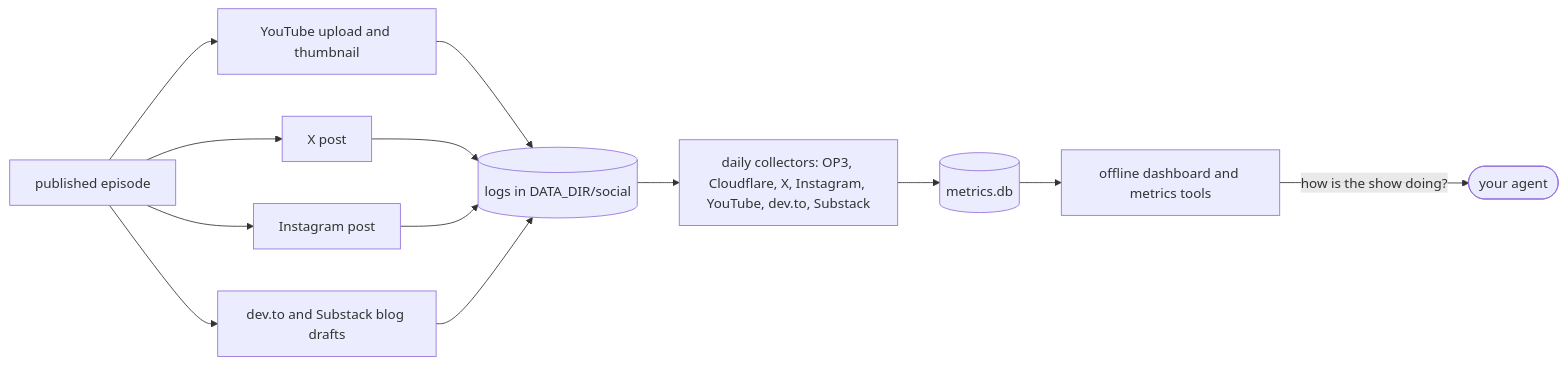
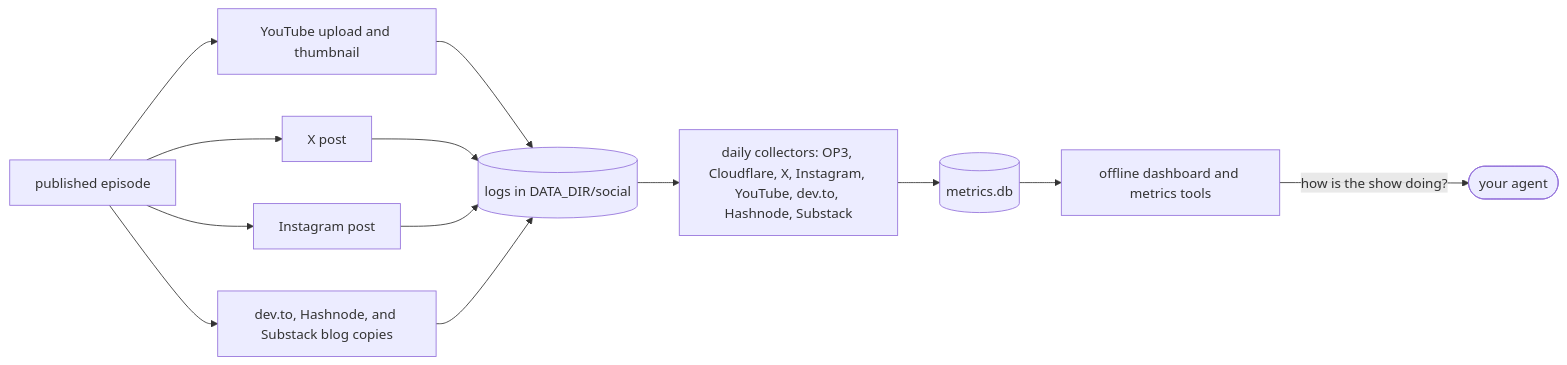
The fourth of 4 diagrams in README.md (harpreetsahota204/podcast_server), drawn with Mermaid before and after one commit. The commit also changed other lines of this file and 35 other files, not shown here.

````diff
--- a/README.md
+++ b/README.md
@@ -155,15 +155,15 @@
 ```mermaid
 flowchart LR
     P[published episode] --> V[YouTube upload and thumbnail]
     P --> X[X post]
     P --> IG[Instagram post]
-    P --> DT[dev.to and Substack blog drafts]
+    P --> DT[dev.to, Hashnode, and Substack blog copies]
     V --> L[(logs in DATA_DIR/social)]
     X --> L
     IG --> L
     DT --> L
-    L --> C[daily collectors: OP3, Cloudflare, X, Instagram, YouTube, dev.to, Substack]
+    L --> C[daily collectors: OP3, Cloudflare, X, Instagram, YouTube, dev.to, Hashnode, Substack]
     C --> M[(metrics.db)]
     M --> D[offline dashboard and metrics tools]
     D -->|"how is the show doing?"| AG([your agent])
 ```
````
